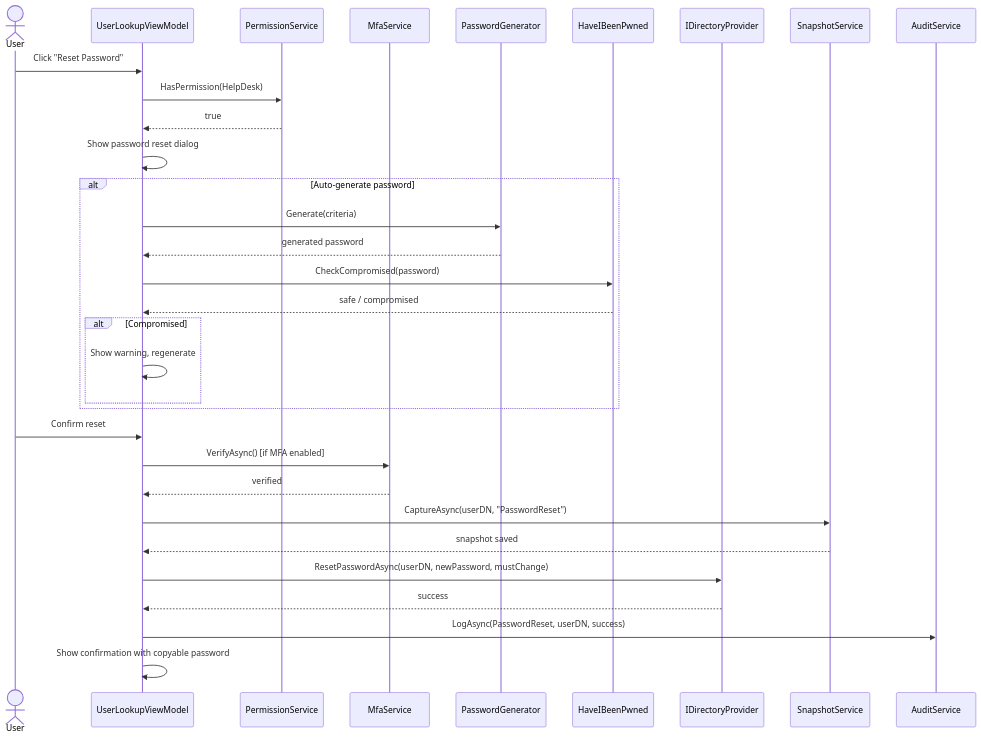
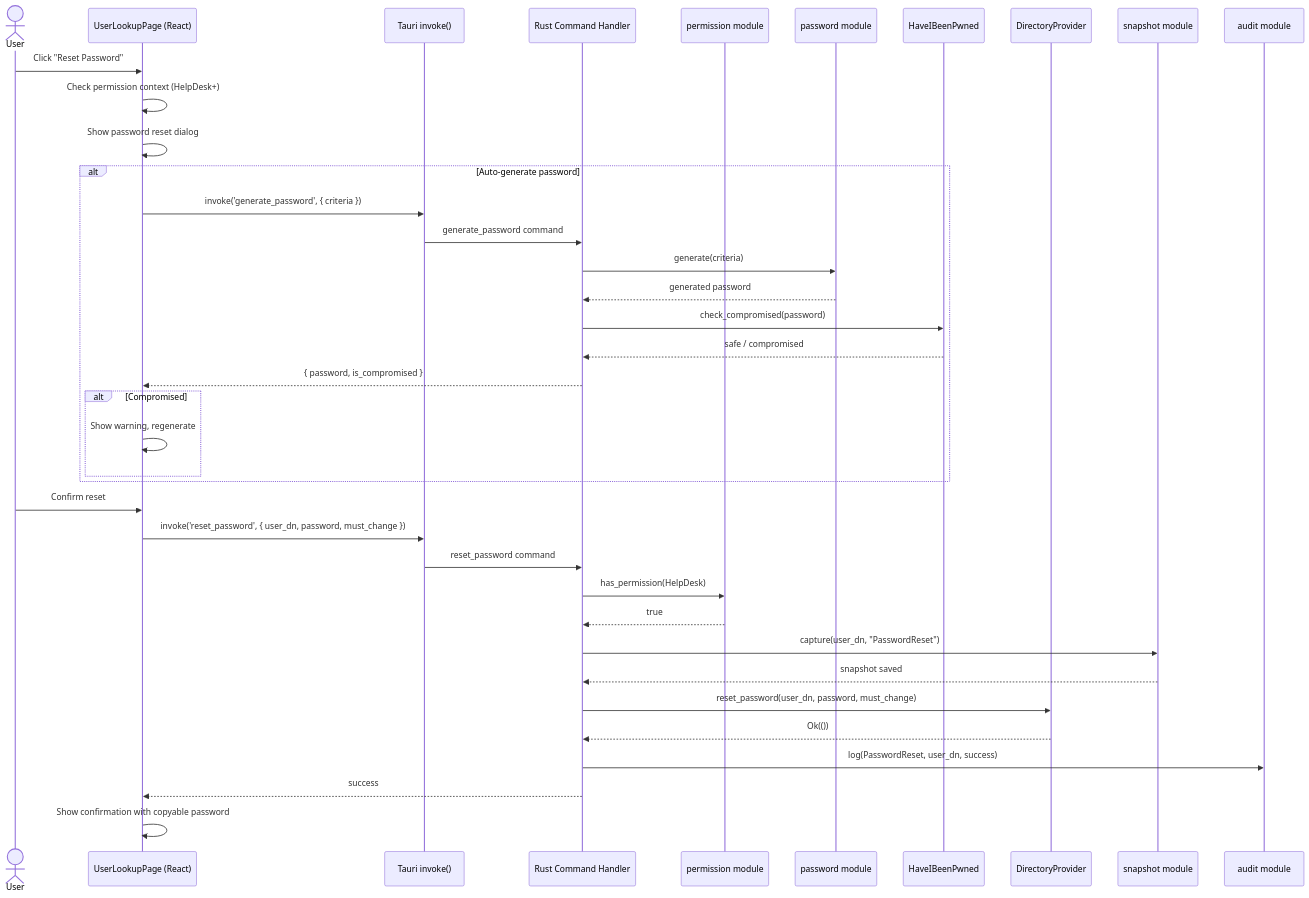
The second of 4 diagrams in docs/architecture/core-workflows.md (Rwx-G/DSPanel), drawn with Mermaid before and after one commit. The commit also changed other lines of this file and 320 other files, not shown here.

First line of the commit message:
chore: migrate project from C#/WPF/.NET to Rust/Tauri v2 + React/TypeScript

````diff
--- a/docs/architecture/core-workflows.md
+++ b/docs/architecture/core-workflows.md
@@ -35,37 +41,43 @@
 ```mermaid
 sequenceDiagram
     actor User
-    participant VM as UserLookupViewModel
-    participant Perm as PermissionService
-    participant MFA as MfaService
-    participant PwdGen as PasswordGenerator
+    participant UI as UserLookupPage (React)
+    participant IPC as Tauri invoke()
+    participant Cmd as Rust Command Handler
+    participant Perm as permission module
+    participant PwdGen as password module
     participant HIBP as HaveIBeenPwned
-    participant Dir as IDirectoryProvider
-    participant Snap as SnapshotService
-    participant Audit as AuditService
+    participant Dir as DirectoryProvider
+    participant Snap as snapshot module
+    participant Audit as audit module
 
-    User->>VM: Click "Reset Password"
-    VM->>Perm: HasPermission(HelpDesk)
-    Perm-->>VM: true
-    VM->>VM: Show password reset dialog
+    User->>UI: Click "Reset Password"
+    UI->>UI: Check permission context (HelpDesk+)
+    UI->>UI: Show password reset dialog
 
     alt Auto-generate password
-        VM->>PwdGen: Generate(criteria)
-        PwdGen-->>VM: generated password
-        VM->>HIBP: CheckCompromised(password)
-        HIBP-->>VM: safe / compromised
+        UI->>IPC: invoke('generate_password', { criteria })
+        IPC->>Cmd: generate_password command
+        Cmd->>PwdGen: generate(criteria)
+        PwdGen-->>Cmd: generated password
+        Cmd->>HIBP: check_compromised(password)
+        HIBP-->>Cmd: safe / compromised
+        Cmd-->>UI: { password, is_compromised }
         alt Compromised
-            VM->>VM: Show warning, regenerate
+            UI->>UI: Show warning, regenerate
         end
     end
 
-    User->>VM: Confirm reset
-    VM->>MFA: VerifyAsync() [if MFA enabled]
-    MFA-->>VM: verified
-    VM->>Snap: CaptureAsync(userDN, "PasswordReset")
-    Snap-->>VM: snapshot saved
-    VM->>Dir: ResetPasswordAsync(userDN, newPassword, mustChange)
-    Dir-->>VM: success
-    VM->>Audit: LogAsync(PasswordReset, userDN, success)
-    VM->>VM: Show confirmation with copyable password
+    User->>UI: Confirm reset
+    UI->>IPC: invoke('reset_password', { user_dn, password, must_change })
+    IPC->>Cmd: reset_password command
+    Cmd->>Perm: has_permission(HelpDesk)
+    Perm-->>Cmd: true
+    Cmd->>Snap: capture(user_dn, "PasswordReset")
+    Snap-->>Cmd: snapshot saved
+    Cmd->>Dir: reset_password(user_dn, password, must_change)
+    Dir-->>Cmd: Ok(())
+    Cmd->>Audit: log(PasswordReset, user_dn, success)
+    Cmd-->>UI: success
+    UI->>UI: Show confirmation with copyable password
 ```
````
